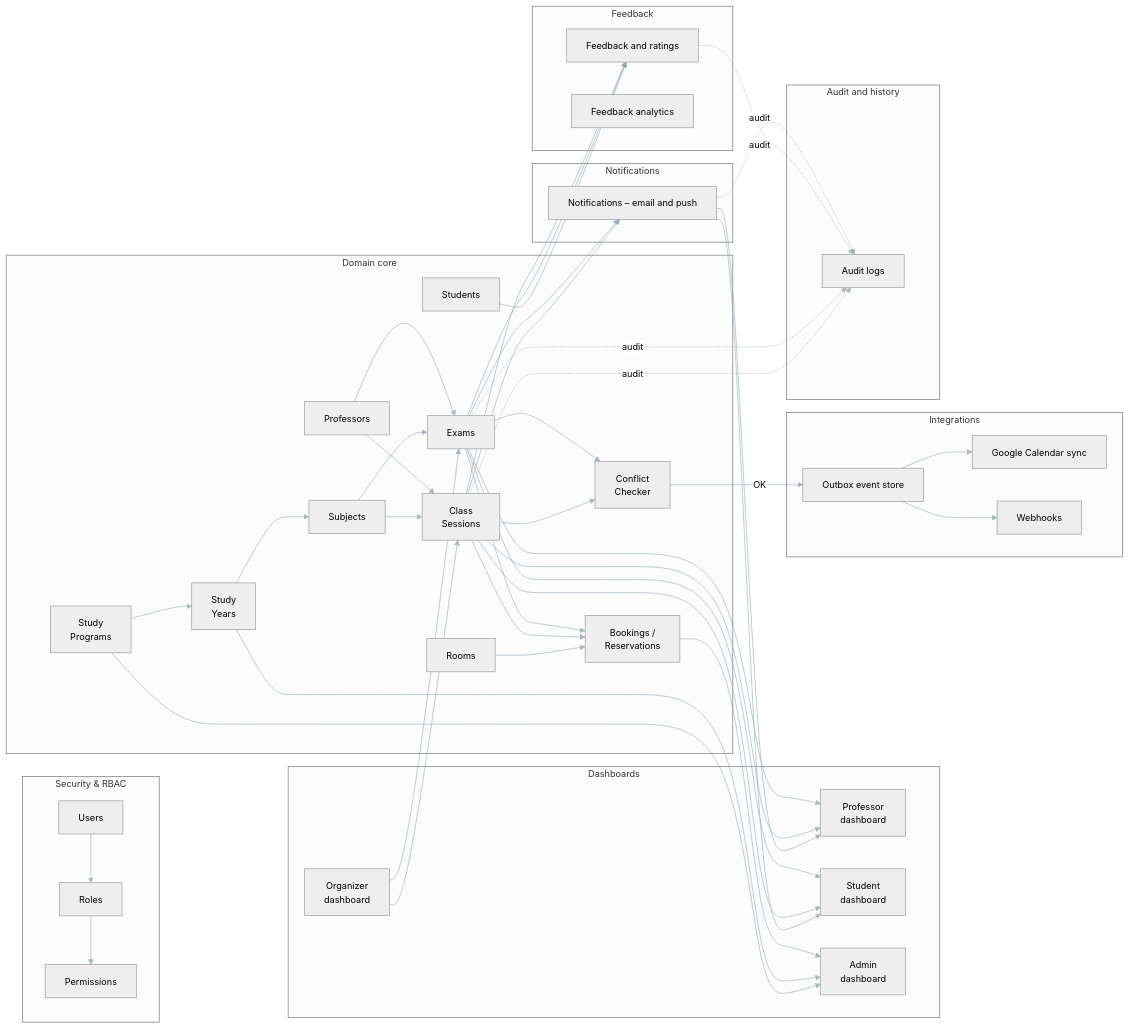
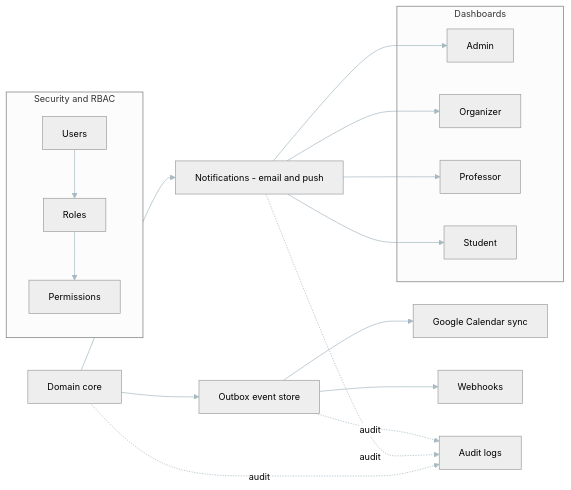
Before and after one commit to djole994/E-Raspored-docs: the third of 3 diagrams in README.md, drawn with Mermaid. The commit also changed other lines of this file, not shown here.

````diff
--- a/README.md
+++ b/README.md
@@ -122,102 +185,36 @@
 ```mermaid 
 
 %%{init: {"theme":"neutral","themeVariables":{
-  "primaryColor":"#6096B4",
-  "secondaryColor":"#93BFCF",
-  "tertiaryColor":"#BDCDD6",
-  "lineColor":"#2f4f60",
-  "fontFamily":"Inter,Segoe UI,Arial",
-  "fontSize":"14px"
+  "primaryColor":"#6096B4","secondaryColor":"#93BFCF","tertiaryColor":"#BDCDD6",
+  "lineColor":"#2f4f60","fontFamily":"Inter,Segoe UI,Arial","fontSize":"14px"
 }, "flowchart": { "useMaxWidth": false } }}%%
 flowchart LR
-  %% Clusters
-  subgraph RBAC[Security & RBAC]
-    U[Users]
-    R[Roles]
-    P[Permissions]
+  CORE[Domain core] --> OUTB[Outbox event store]
+  OUTB --> GCAL[Google Calendar sync]
+  OUTB --> WH[Webhooks]
+
+  CORE --> NT[Notifications - email and push]
+
+  subgraph DASH[Dashboards]
+    DADM[Admin]
+    DORG[Organizer]
+    DPROF[Professor]
+    DSTUD[Student]
   end
-
-  subgraph Core[Domain core]
-    PRG[Study<br/>Programs]
-    Y[Study<br/>Years]
-    SBJ[Subjects]
-    PROFS[Professors]
-    STUDS[Students]
-    RM[Rooms]
-    CLS[Class<br/>Sessions]
-    EX[Exams]
-    BK[Bookings /<br/>Reservations]
-    CC[Conflict<br/>Checker]
-  end
-
-  subgraph Dash[Dashboards]
-    DPROF[Professor<br/>dashboard]
-    DSTUD[Student<br/>dashboard]
-    DORG[Organizer<br/>dashboard]
-    DADM[Admin<br/>dashboard]
-  end
-
-  subgraph FB[Feedback]
-    FBK[Feedback and ratings]
-    AN[Feedback analytics]
-  end
-
-  subgraph Notif[Notifications]
-    NT[Notifications – email and push]
-  end
-
-  subgraph Int[Integrations]
-    OUTB[Outbox event store]
-    GCAL[Google Calendar sync]
-    WH[Webhooks]
-  end
-
-  subgraph AUD[Audit and history]
-    AL[Audit logs]
-  end
-
-  %% Edges (svjetlije i tanje)
-  U --> R --> P
-  PRG --> Y --> SBJ
-  SBJ --> CLS
-  SBJ --> EX
-  RM --> BK
-  CLS --> BK
-  EX  --> BK
-  PROFS --> CLS
-  PROFS --> EX
-  STUDS --> FBK
-  EX --> FBK
-  CLS --> FBK
-
-  DORG --> CLS
-  DORG --> EX
-  CLS --> CC
-  EX  --> CC
-  CC -->|OK| OUTB
-  OUTB --> GCAL
-  OUTB --> WH
-
-  CLS --> NT
-  EX  --> NT
+  NT --> DADM
+  NT --> DORG
   NT --> DPROF
   NT --> DSTUD
 
-  CLS --> DPROF
-  EX  --> DPROF
-  CLS --> DSTUD
-  EX  --> DSTUD
-  PRG --> DADM
-  Y   --> DADM
-  BK  --> DADM
+  subgraph RBAC[Security and RBAC]
+    U[Users] --> R[Roles] --> P[Permissions]
+  end
 
-  CLS -.audit.-> AL
-  EX  -.audit.-> AL
-  FBK -.audit.-> AL
-  NT  -.audit.-> AL
+  AUD[Audit logs]
+  CORE -.audit.-> AUD
+  NT   -.audit.-> AUD
+  OUTB -.audit.-> AUD
 
-  %% Global style za sve linkove
   linkStyle default stroke:#8aa3af,stroke-width:1.1,opacity:0.75;
 
-
 ```
````
